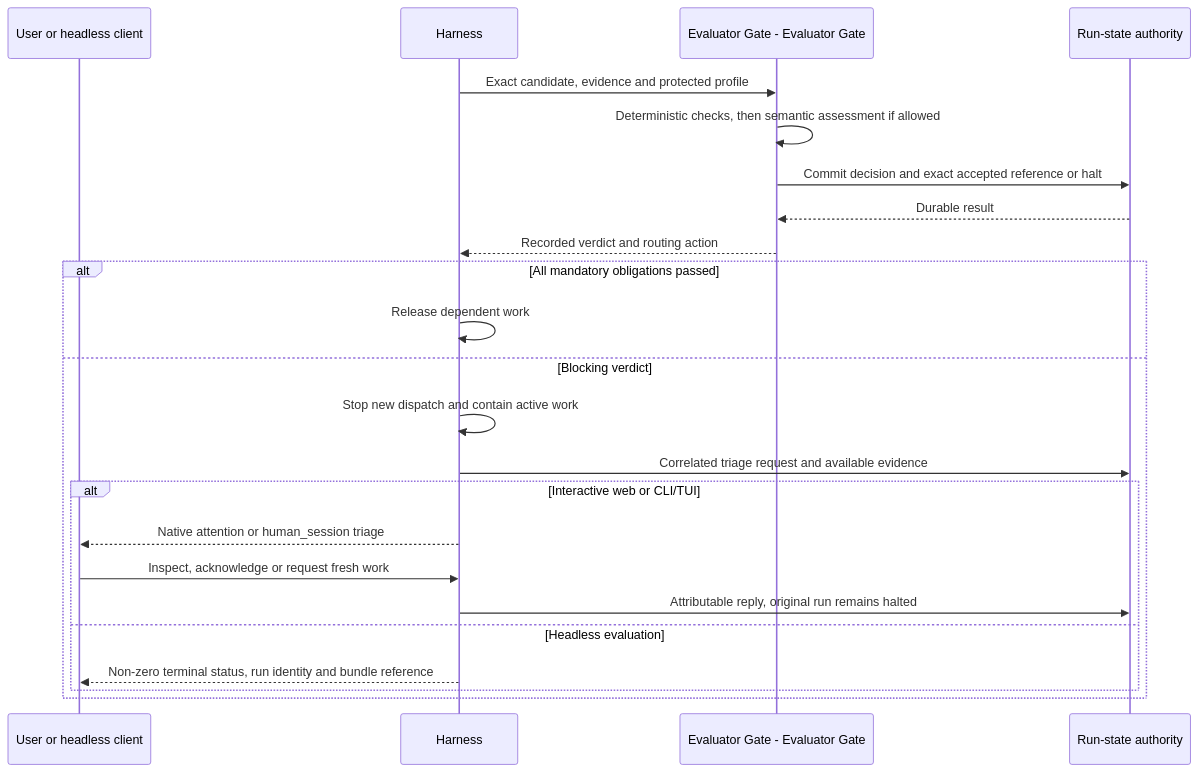
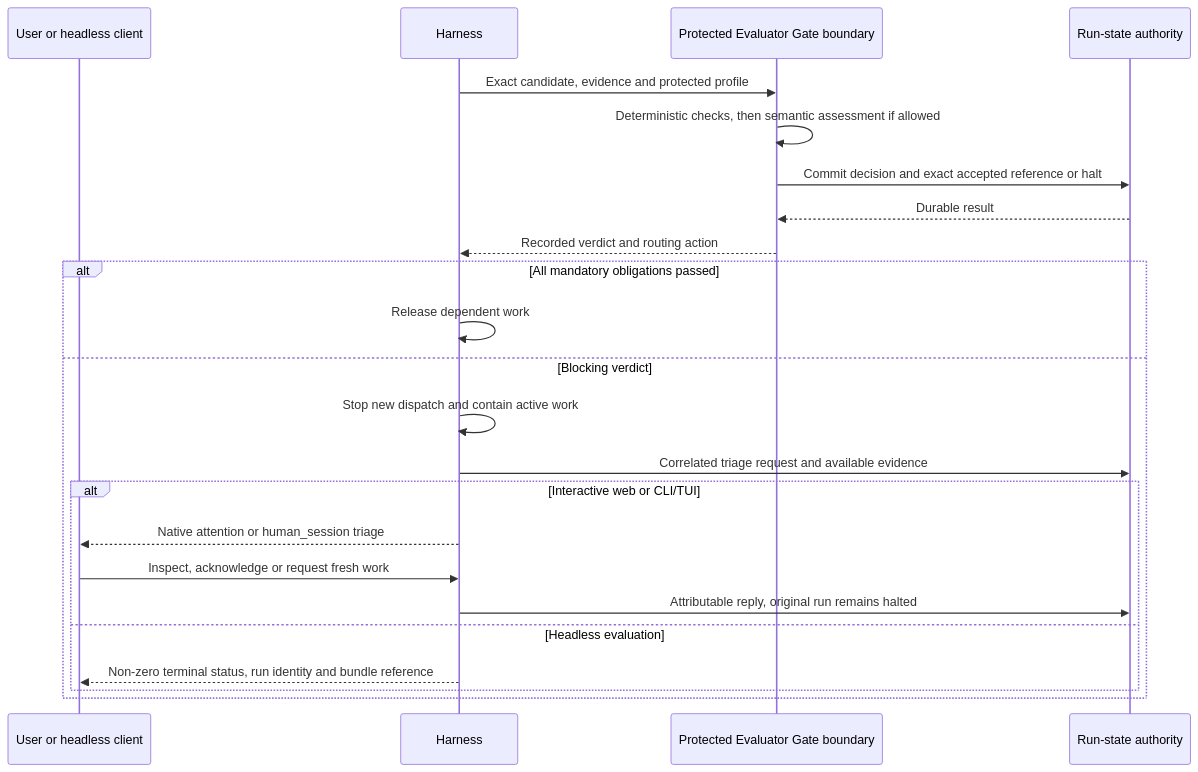
One commit to Stellven/jiuwenswarm changed the first of 2 diagrams in docs/architecture/build-package/failure-and-human.md. Above: the diagram before and after it, drawn with Mermaid. The commit also changed other lines of this file and 18 other files, not shown here.

````diff
--- a/docs/architecture/build-package/failure-and-human.md
+++ b/docs/architecture/build-package/failure-and-human.md
@@ -28,25 +28,25 @@
 ```mermaid
 sequenceDiagram
     participant C as User or headless client
     participant H as Harness
-    participant V as Evaluator Gate - Evaluator Gate
+    participant V as Protected Evaluator Gate boundary
     participant S as Run-state authority
     H->>V: Exact candidate, evidence and protected profile
     V->>V: Deterministic checks, then semantic assessment if allowed
     V->>S: Commit decision and exact accepted reference or halt
     S-->>V: Durable result
     V-->>H: Recorded verdict and routing action
     alt All mandatory obligations passed
         H->>H: Release dependent work
     else Blocking verdict
         H->>H: Stop new dispatch and contain active work
         H->>S: Correlated triage request and available evidence
         alt Interactive web or CLI/TUI
             H-->>C: Native attention or human_session triage
             C->>H: Inspect, acknowledge or request fresh work
             H->>S: Attributable reply, original run remains halted
         else Headless evaluation
             H-->>C: Non-zero terminal status, run identity and bundle reference
         end
     end
 ```
````
